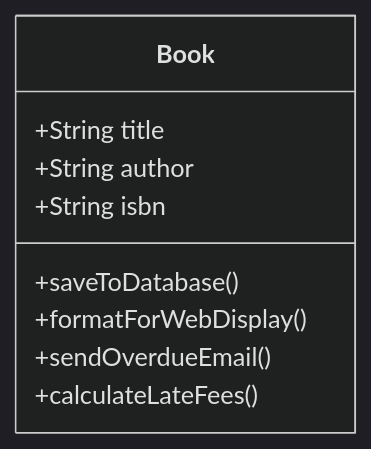
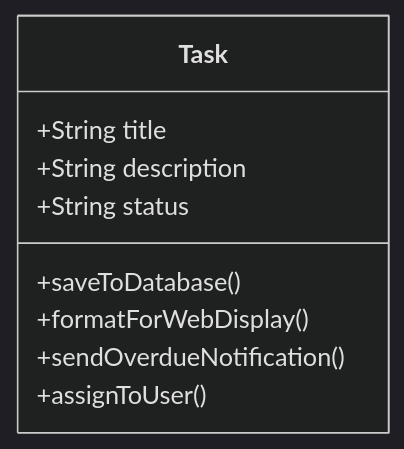
Before and after one commit to suli-g/stratum: the first of 2 diagrams in docs/level-1/L01.md, drawn with Mermaid (dark theme). The commit also changed other lines of this file and 8 other files, not shown here.

````diff
--- a/docs/level-1/L01.md
+++ b/docs/level-1/L01.md
@@ -85,12 +81,12 @@
-```mermaid
+```{mermaid}
 classDiagram
-    class Book {
+    class Task {
         +String title
-        +String author
-        +String isbn
+        +String description
+        +String status
         +saveToDatabase()
         +formatForWebDisplay()
-        +sendOverdueEmail()
-        +calculateLateFees()
+        +sendOverdueNotification()
+        +assignToUser()
     }
 ```
````
